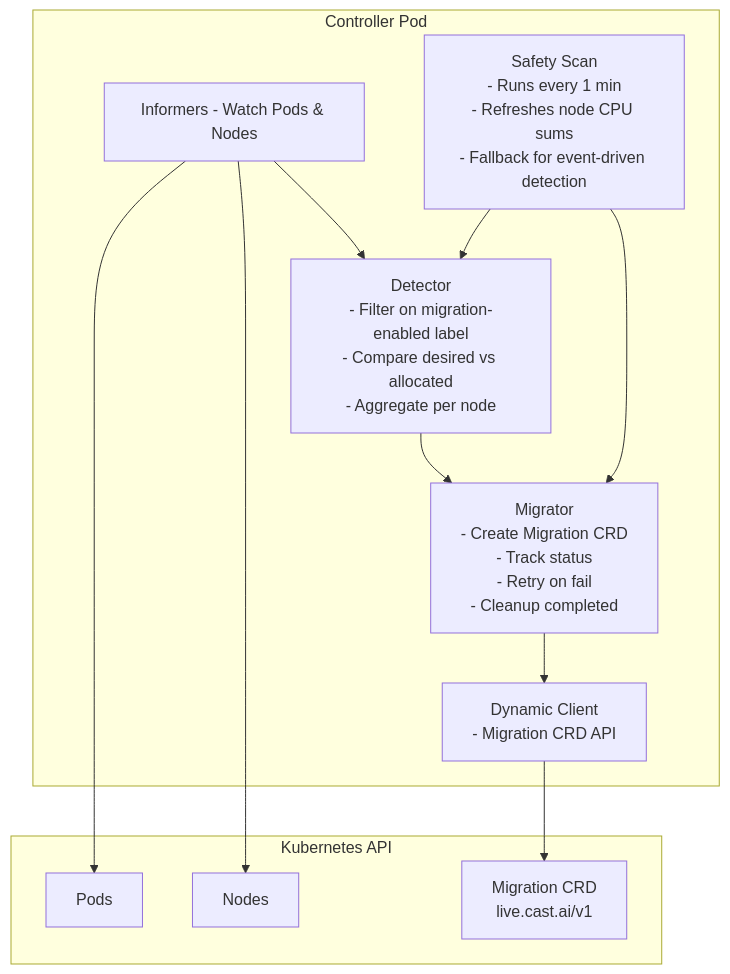
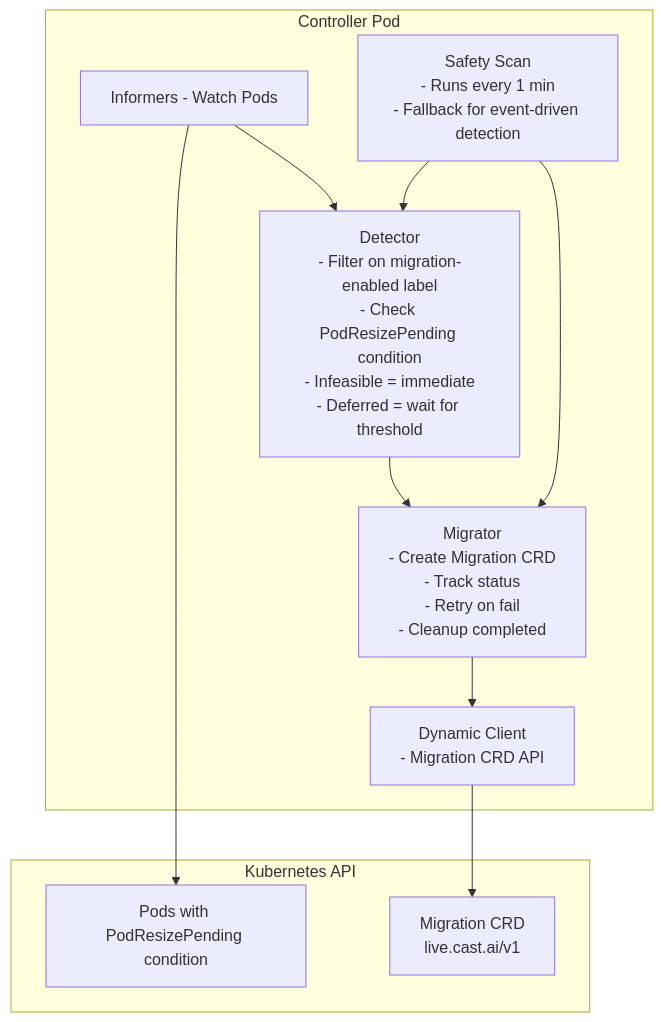
One commit to ronakforcast/castai-workload-resize-migrator changed the second of 4 diagrams in README.md. Above: the diagram before and after it, drawn with Mermaid. The commit also changed other lines of this file and 7 other files, not shown here.

First line of the commit message:
Switch to PodResizePending condition-based detection

````diff
--- a/README.md
+++ b/README.md
@@ -47,38 +48,36 @@
 ```mermaid
 flowchart TB
     subgraph Controller[Controller Pod]
-        Informers[Informers - Watch Pods & Nodes]
+        Informers[Informers - Watch Pods]
         Detector[Detector
 - Filter on migration-enabled label
-- Compare desired vs allocated
-- Aggregate per node]
+- Check PodResizePending condition
+- Infeasible = immediate
+- Deferred = wait for threshold]
         Migrator[Migrator
 - Create Migration CRD
 - Track status
 - Retry on fail
 - Cleanup completed]
         DynamicClient[Dynamic Client
 - Migration CRD API]
         SafetyScan[Safety Scan
 - Runs every 1 min
-- Refreshes node CPU sums
 - Fallback for event-driven detection]
-        
+
         Informers --> Detector
         Detector --> Migrator
         Migrator --> DynamicClient
         SafetyScan --> Detector
         SafetyScan --> Migrator
     end
-    
+
     subgraph K8s[Kubernetes API]
-        Pods[Pods]
-        Nodes[Nodes]
+        Pods[Pods with PodResizePending condition]
         MigrationCRD[Migration CRD
 live.cast.ai/v1]
     end
-    
+
     Informers --> Pods
-    Informers --> Nodes
     DynamicClient --> MigrationCRD
 ```
````
